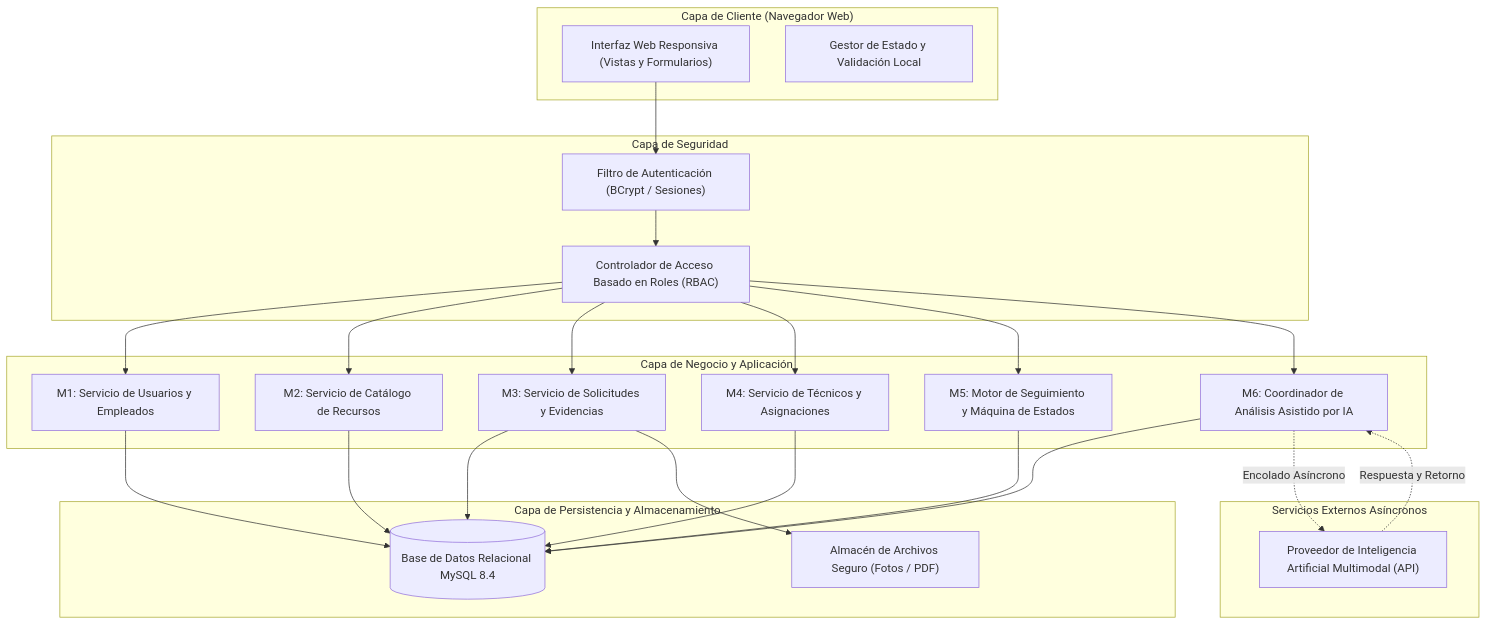
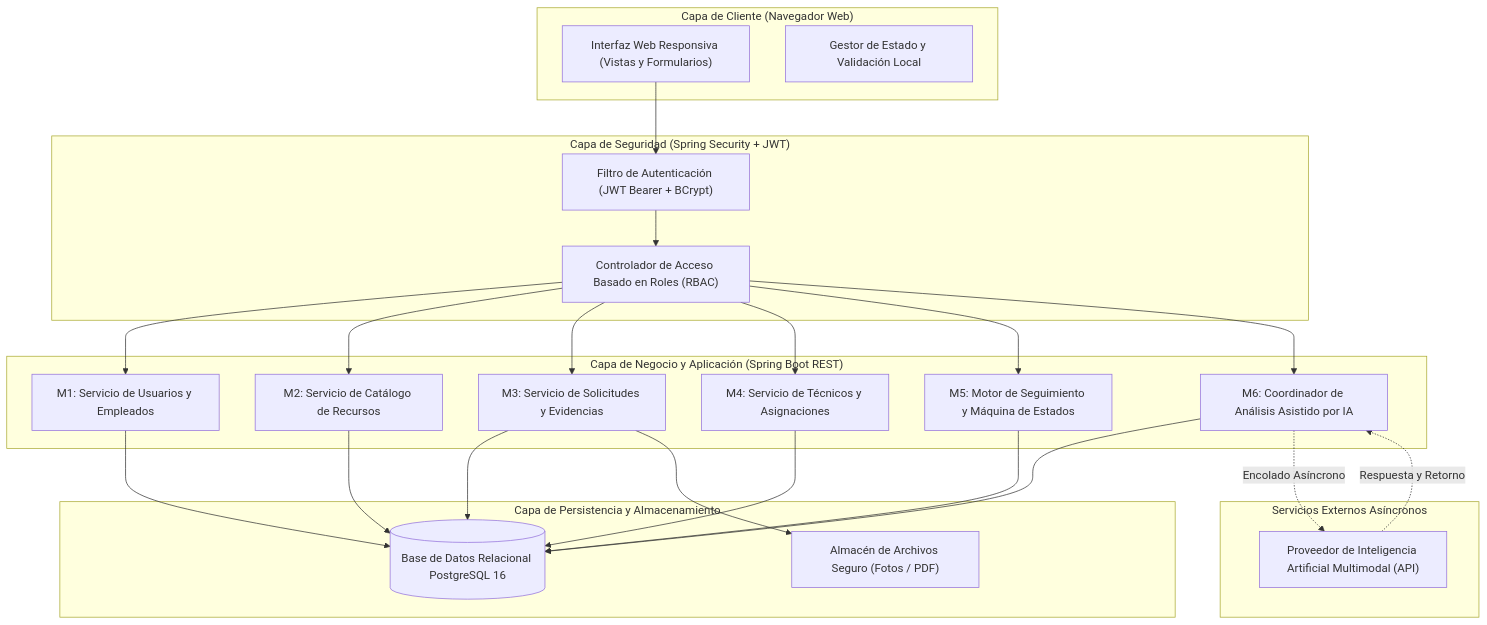
The first of 3 diagrams in docs/SRS.md (William-Jimenez/Mantenimiento), drawn with Mermaid before and after one commit. The commit also changed other lines of this file and 61 other files, not shown here.

Commit message:
feat(backend): add Spring Boot project, PostgreSQL config, 12 JPA entities, JWT RBAC security, Solicitudes CRUD REST API and Postman collection

````diff
--- a/docs/SRS.md
+++ b/docs/SRS.md
@@ -225,39 +225,39 @@
 ```mermaid
 flowchart TD
     subgraph CapaCliente["Capa de Cliente (Navegador Web)"]
         UI["Interfaz Web Responsiva (Vistas y Formularios)"]
         UIState["Gestor de Estado y Validación Local"]
     end
 
-    subgraph CapaSeguridad["Capa de Seguridad"]
-        AuthFilter["Filtro de Autenticación (BCrypt / Sesiones)"]
+    subgraph CapaSeguridad["Capa de Seguridad (Spring Security + JWT)"]
+        AuthFilter["Filtro de Autenticación (JWT Bearer + BCrypt)"]
         RBAC["Controlador de Acceso Basado en Roles (RBAC)"]
     end
 
-    subgraph CapaServicio["Capa de Negocio y Aplicación"]
+    subgraph CapaServicio["Capa de Negocio y Aplicación (Spring Boot REST)"]
         M1["M1: Servicio de Usuarios y Empleados"]
         M2["M2: Servicio de Catálogo de Recursos"]
         M3["M3: Servicio de Solicitudes y Evidencias"]
         M4["M4: Servicio de Técnicos y Asignaciones"]
         M5["M5: Motor de Seguimiento y Máquina de Estados"]
         M6["M6: Coordinador de Análisis Asistido por IA"]
     end
 
     subgraph CapaDatos["Capa de Persistencia y Almacenamiento"]
-        DB[(Base de Datos Relacional MySQL 8.4)]
+        DB[(Base de Datos Relacional PostgreSQL 16)]
         FileStore["Almacén de Archivos Seguro (Fotos / PDF)"]
     end
 
     subgraph ServiciosExternos["Servicios Externos Asíncronos"]
         AIService["Proveedor de Inteligencia Artificial Multimodal (API)"]
     end
 
     UI --> AuthFilter
     AuthFilter --> RBAC
     RBAC --> M1 & M2 & M3 & M4 & M5 & M6
     M1 & M2 & M3 & M4 & M5 --> DB
     M3 --> FileStore
     M6 --> DB
     M6 -.->|Encolado Asíncrono| AIService
     AIService -.->|Respuesta y Retorno| M6
 ```
````
